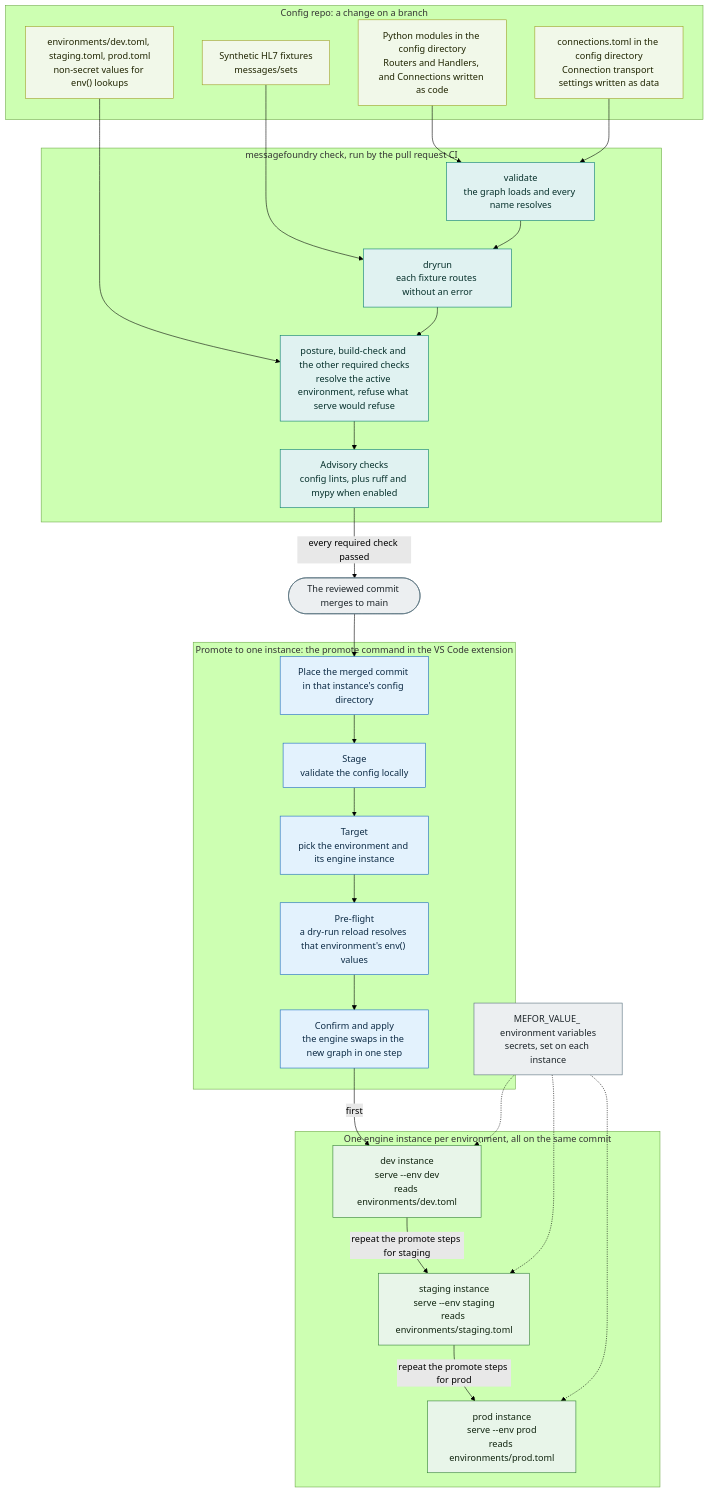
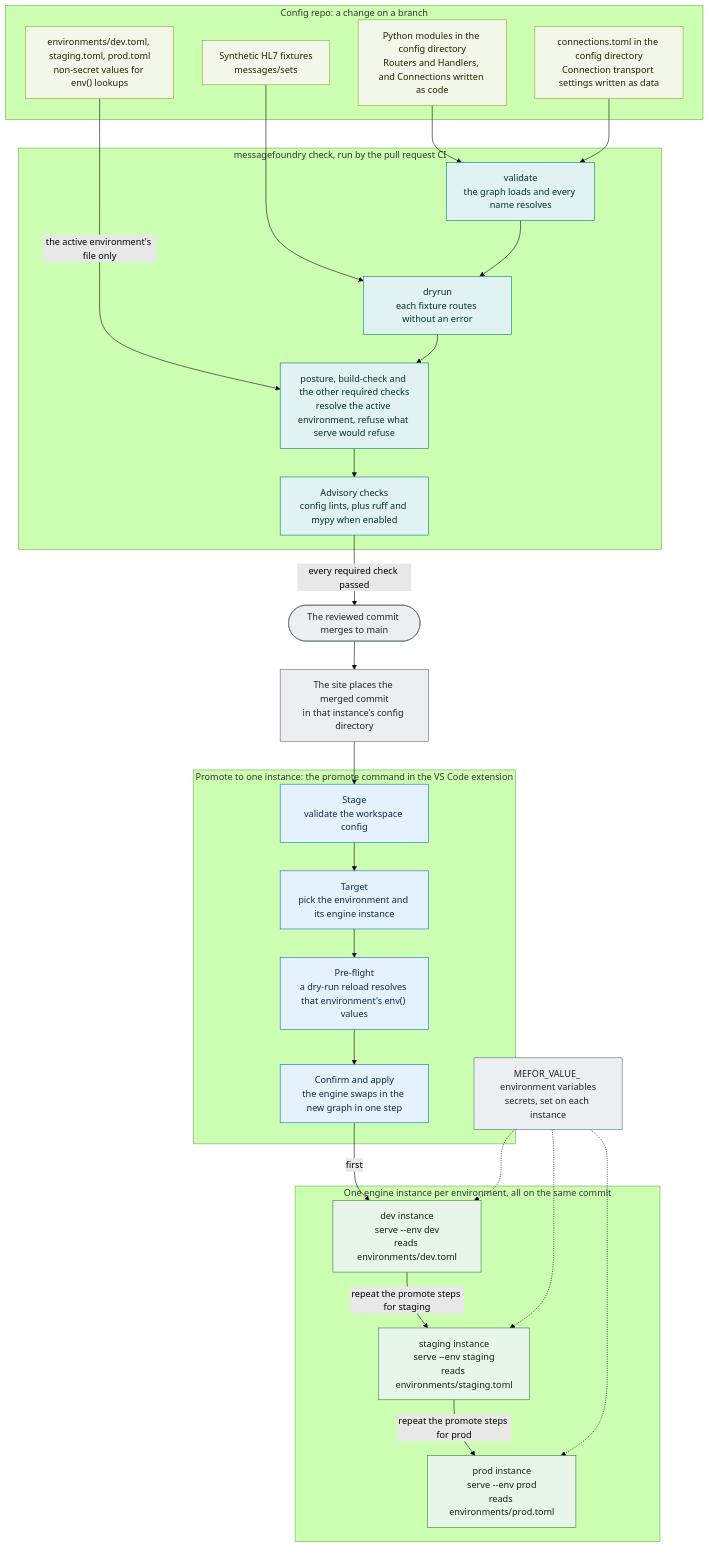
One commit to MEFORORG/MessageFoundry changed the diagram in docs/ADOPTER-CI.md. Above: the diagram before and after it, drawn with Mermaid (forest theme). The commit also changed other lines of this file and 2 other files, not shown here.

First line of the commit message:
docs(diagrams): apply code-review round two to the three new diagrams

````diff
--- a/docs/ADOPTER-CI.md
+++ b/docs/ADOPTER-CI.md
@@ -32,60 +32,61 @@
 ```mermaid
 flowchart TB
   classDef cfg fill:#f1f8e9,stroke:#9e9d24,color:#1f2400;
   classDef devtool fill:#e0f2f1,stroke:#00796b,color:#06302b;
   classDef opstool fill:#e3f2fd,stroke:#1565c0,color:#0d2b45;
   classDef core fill:#e8f5e9,stroke:#2e7d32,color:#10240f;
   classDef ext fill:#eceff1,stroke:#546e7a,color:#1c2429;
 
   subgraph AUTHOR["Config repo: a change on a branch"]
     LOGIC["Python modules in the config directory<br/>Routers and Handlers, and Connections written as code"]:::cfg
     CONNS["connections.toml in the config directory<br/>Connection transport settings written as data"]:::cfg
     VALUES["environments/dev.toml, staging.toml, prod.toml<br/>non-secret values for env() lookups"]:::cfg
     FIXTURES["Synthetic HL7 fixtures<br/>messages/sets"]:::cfg
   end
 
   subgraph CHECK["messagefoundry check, run by the pull request CI"]
     VALIDATE["validate<br/>the graph loads and every name resolves"]:::devtool
     DRYRUN["dryrun<br/>each fixture routes without an error"]:::devtool
     POSTURE["posture, build-check and the other required checks<br/>resolve the active environment, refuse what serve would refuse"]:::devtool
     LINT["Advisory checks<br/>config lints, plus ruff and mypy when enabled"]:::devtool
   end
 
   MERGED(["The reviewed commit merges to main"]):::ext
 
+  PLACE["The site places the merged commit<br/>in that instance's config directory"]:::ext
+
   subgraph PROMOTE["Promote to one instance: the promote command in the VS Code extension"]
-    PLACE["Place the merged commit in that instance's config directory"]:::opstool
-    LOCAL["Stage<br/>validate the config locally"]:::opstool
+    LOCAL["Stage<br/>validate the workspace config"]:::opstool
     TARGET["Target<br/>pick the environment and its engine instance"]:::opstool
     PREFLIGHT["Pre-flight<br/>a dry-run reload resolves that environment's env() values"]:::opstool
     APPLY["Confirm and apply<br/>the engine swaps in the new graph in one step"]:::opstool
   end
 
   subgraph INSTANCES["One engine instance per environment, all on the same commit"]
     DEV["dev instance<br/>serve --env dev<br/>reads environments/dev.toml"]:::core
     STAGING["staging instance<br/>serve --env staging<br/>reads environments/staging.toml"]:::core
     PROD["prod instance<br/>serve --env prod<br/>reads environments/prod.toml"]:::core
   end
 
   SECRETS["MEFOR_VALUE_ environment variables<br/>secrets, set on each instance"]:::ext
 
   LOGIC --> VALIDATE
   CONNS --> VALIDATE
-  VALUES --> POSTURE
+  VALUES -->|"the active environment's file only"| POSTURE
   FIXTURES --> DRYRUN
   VALIDATE --> DRYRUN
   DRYRUN --> POSTURE
   POSTURE --> LINT
   LINT -->|"every required check passed"| MERGED
   MERGED --> PLACE
   PLACE --> LOCAL
   LOCAL --> TARGET
   TARGET --> PREFLIGHT
   PREFLIGHT --> APPLY
   APPLY -->|"first"| DEV
   DEV -->|"repeat the promote steps for staging"| STAGING
   STAGING -->|"repeat the promote steps for prod"| PROD
   SECRETS -.-> DEV
   SECRETS -.-> STAGING
   SECRETS -.-> PROD
 ```
````
